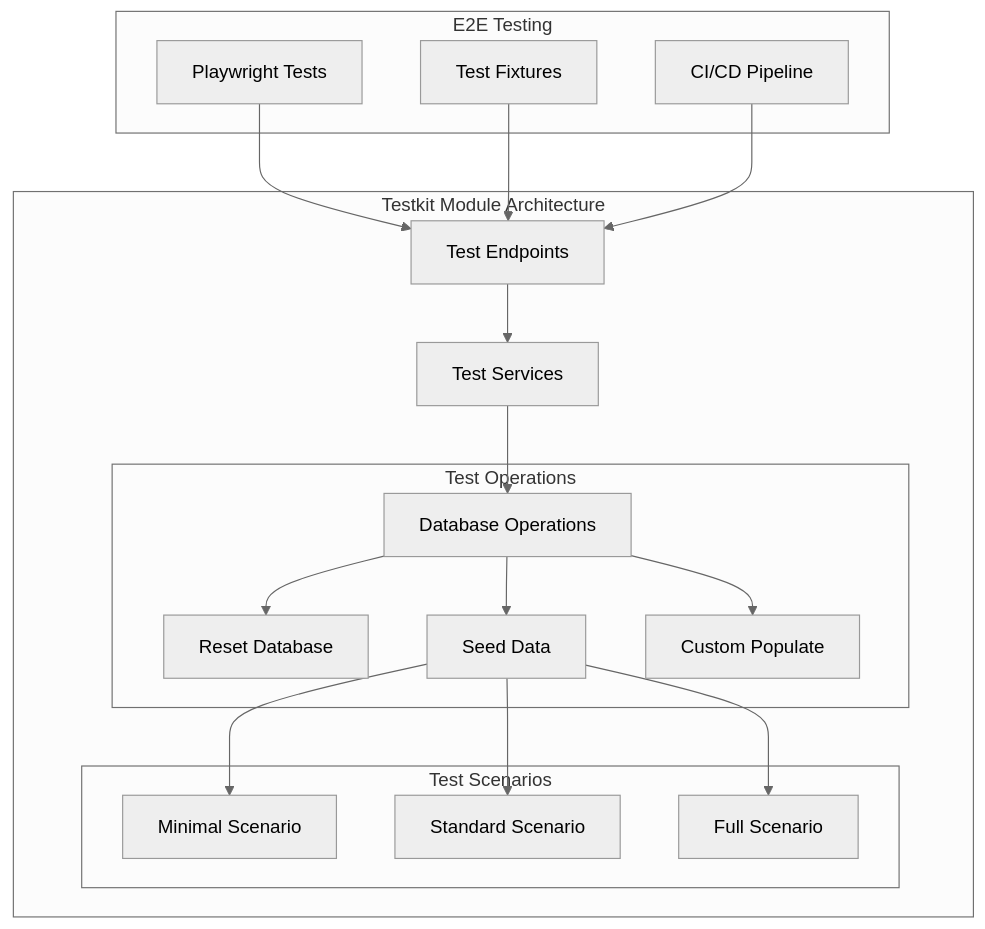
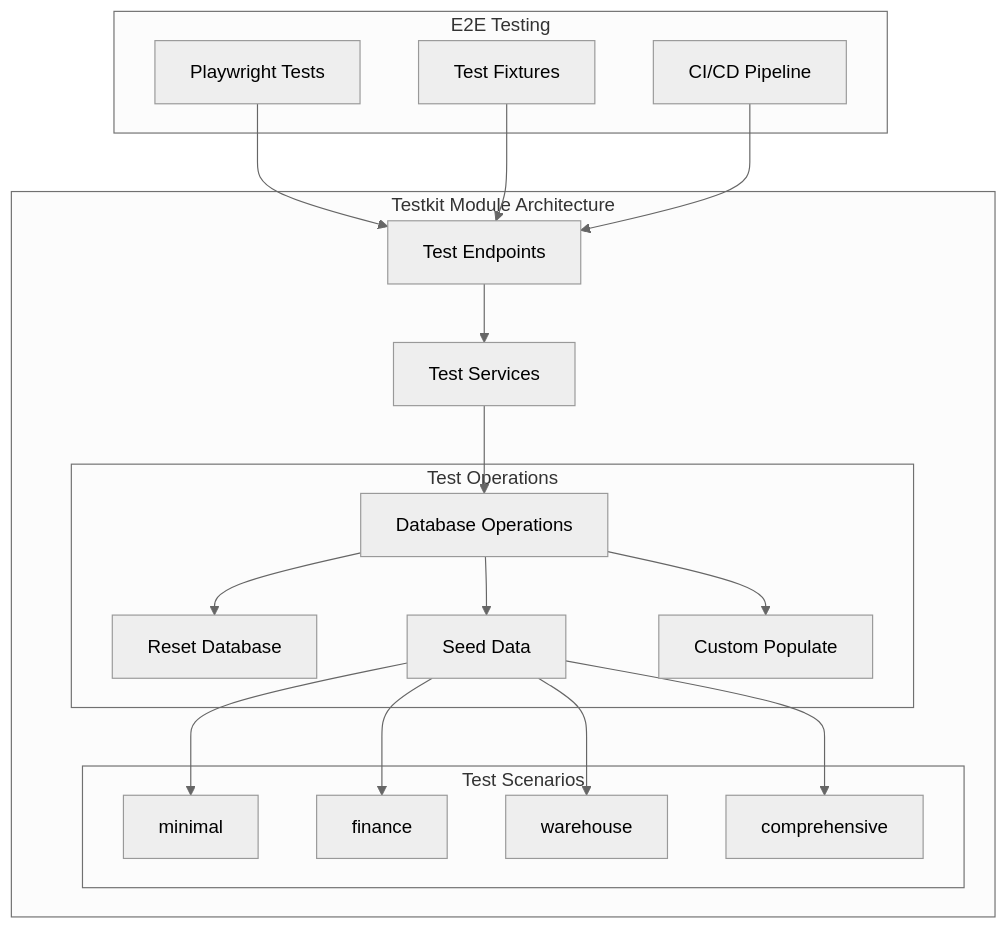
One commit to iota-uz/iota-sdk changed the first of 3 diagrams in docs/content/testkit/overview.mdx. Above: the diagram before and after it, drawn with Mermaid (neutral theme). The commit also changed other lines of this file and 38 other files, not shown here.

````diff
--- a/docs/content/testkit/overview.mdx
+++ b/docs/content/testkit/overview.mdx
@@ -47,29 +47,30 @@
 ```mermaid
 graph TB
     subgraph "Testkit Module Architecture"
         A[Test Endpoints] --> B[Test Services]
         B --> C[Database Operations]
         
         subgraph "Test Operations"
             C --> D[Reset Database]
             C --> E[Seed Data]
             C --> F[Custom Populate]
         end
         
         subgraph "Test Scenarios"
-            E --> G[Minimal Scenario]
-            E --> H[Standard Scenario]
-            E --> I[Full Scenario]
+            E --> G[minimal]
+            E --> H[finance]
+            E --> I[warehouse]
+            E --> J1[comprehensive]
         end
     end
     
     subgraph "E2E Testing"
-        J[Playwright Tests]
+        J2[Playwright Tests]
         K[Test Fixtures]
         L[CI/CD Pipeline]
     end
     
-    J --> A
+    J2 --> A
     K --> A
     L --> A
 ```
````
